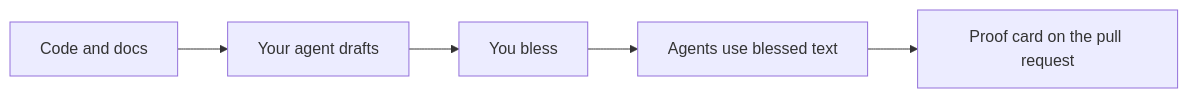
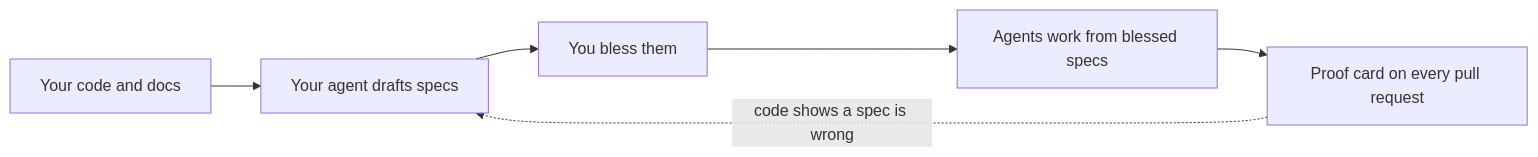
The diagram in README.md (vedprakash-m/tenet), drawn with Mermaid before and after one commit. The commit also changed other lines of this file, not shown here.

```diff
--- a/README.md
+++ b/README.md
@@ -58,7 +67,8 @@
 ~~~mermaid
 flowchart LR
-    A[Code and docs] --> B[Your agent drafts]
-    B --> C[You bless]
-    C --> D[Agents use blessed text]
-    D --> E[Proof card on the pull request]
+    A[Your code and docs] --> B[Your agent drafts specs]
+    B --> C[You bless them]
+    C --> D[Agents work from blessed specs]
+    D --> E[Proof card on every pull request]
+    E -.->|code shows a spec is wrong| B
 ~~~
```
